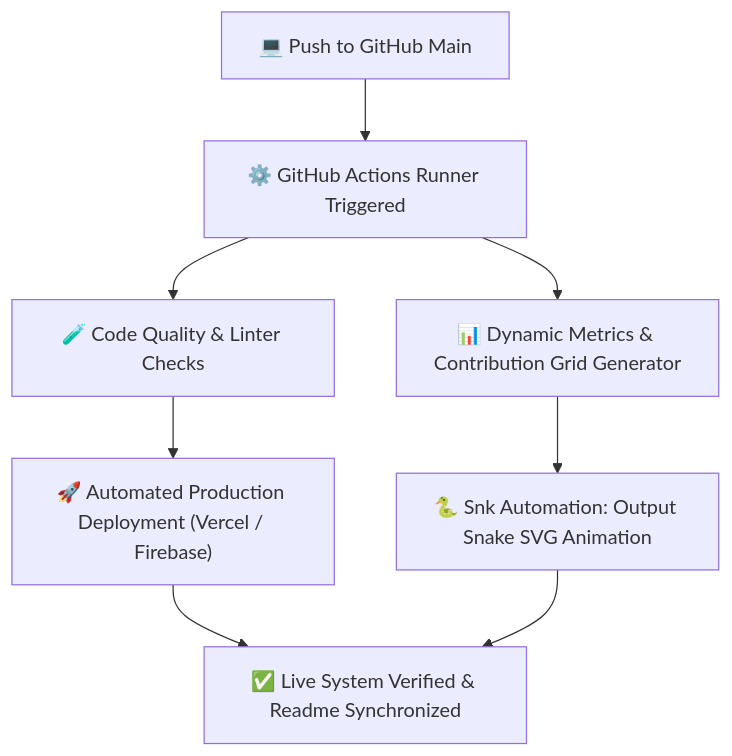
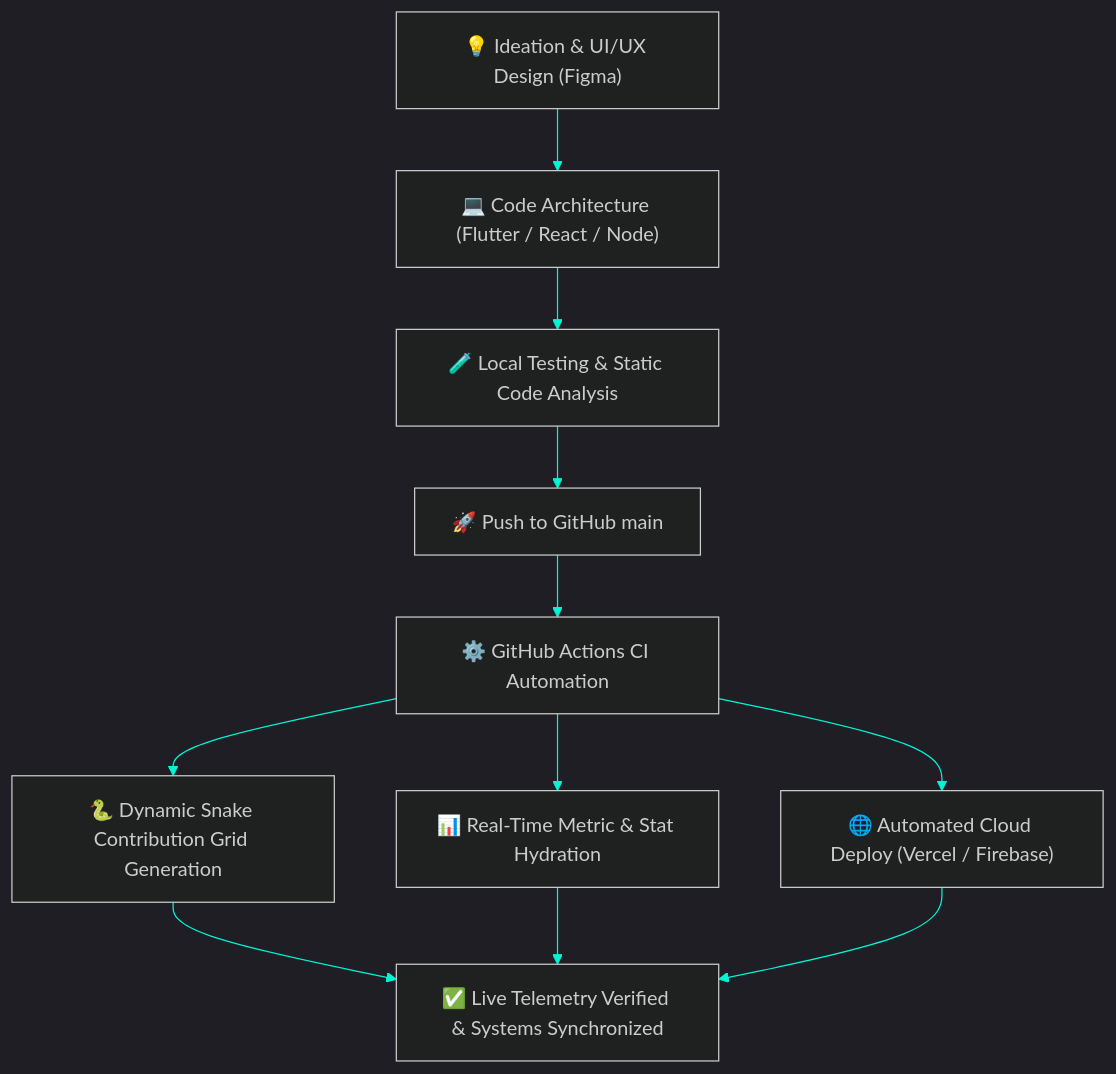
Before and after one commit to Yokeshkumar-tech/Yokeshkumar-tech: the second of 2 diagrams in README.md, drawn with Mermaid. The commit also changed other lines of this file, not shown here.

Commit message:
design: switch to sleek cyber-obsidian design with full real-time process pipelines

````diff
--- a/README.md
+++ b/README.md
@@ -128,9 +83,12 @@
 ```mermaid
+%%{init: {'theme': 'dark', 'themeVariables': { 'darkMode': true, 'background': '#0b0f19', 'primaryColor': '#111827', 'primaryBorderColor': '#7C3AED', 'primaryTextColor': '#F8FAFC', 'lineColor': '#00F5D4', 'secondaryColor': '#1E293B', 'tertiaryColor': '#0F172A' }}}%%
 flowchart TD
-    G1["💻 Push to GitHub Main"] --> G2["⚙️ GitHub Actions Runner Triggered"]
-    G2 --> G3["🧪 Code Quality & Linter Checks"]
-    G2 --> G4["📊 Dynamic Metrics & Contribution Grid Generator"]
-    G3 --> G5["🚀 Automated Production Deployment (Vercel / Firebase)"]
-    G4 --> G6["🐍 Snk Automation: Output Snake SVG Animation"]
-    G5 & G6 --> G7["✅ Live System Verified & Readme Synchronized"]
+    P1["💡 Ideation & UI/UX Design (Figma)"] --> P2["💻 Code Architecture (Flutter / React / Node)"]
+    P2 --> P3["🧪 Local Testing & Static Code Analysis"]
+    P3 --> P4["🚀 Push to GitHub main"]
+    P4 --> P5["⚙️ GitHub Actions CI Automation"]
+    P5 --> P6["🐍 Dynamic Snake Contribution Grid Generation"]
+    P5 --> P7["📊 Real-Time Metric & Stat Hydration"]
+    P5 --> P8["🌐 Automated Cloud Deploy (Vercel / Firebase)"]
+    P6 & P7 & P8 --> P9["✅ Live Telemetry Verified & Systems Synchronized"]
 ```
````
